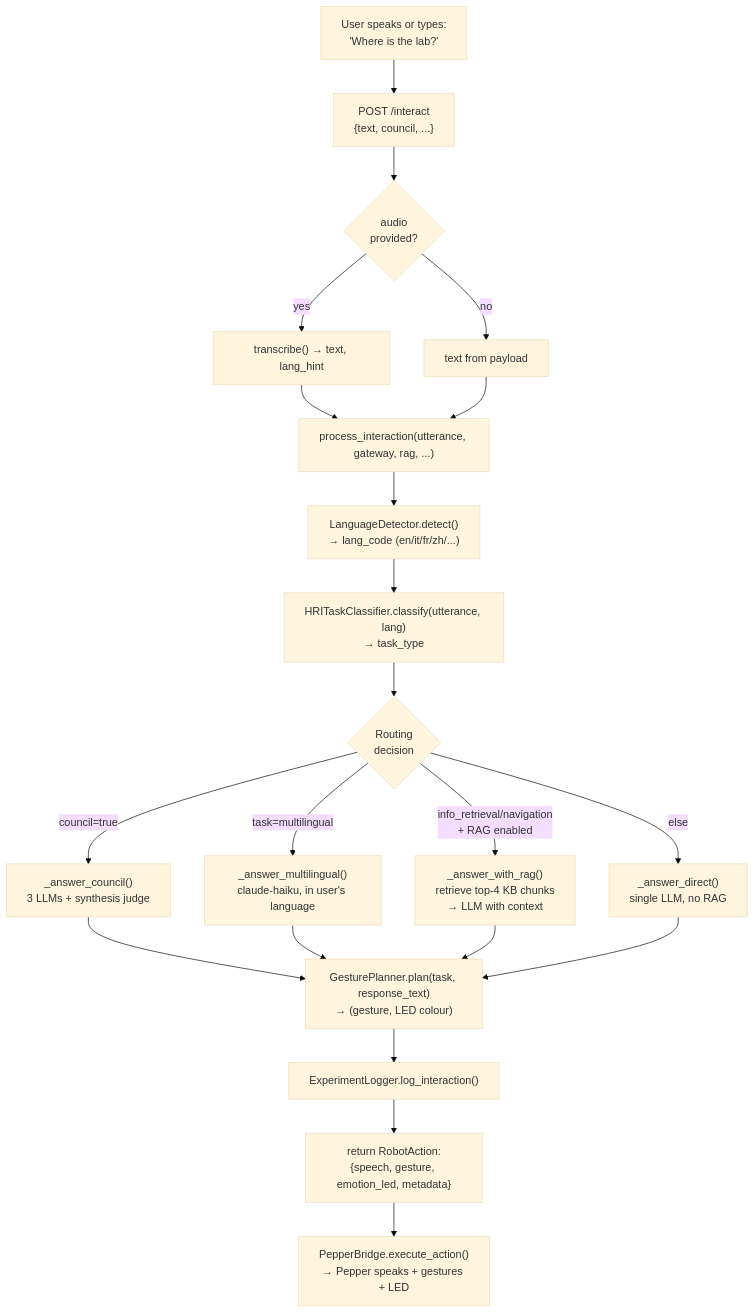
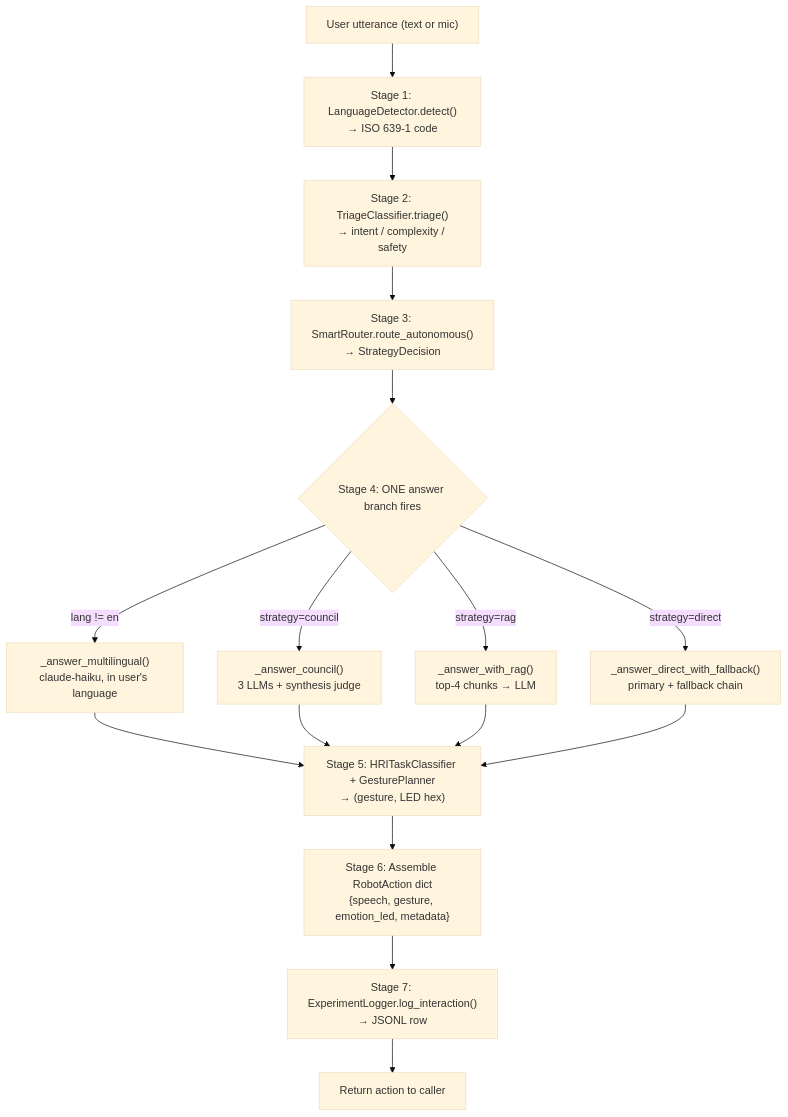
The second of 10 diagrams in OMNILLM_MASTER_BOOK.md (Akshita-sr/OmniLLM), drawn with Mermaid (base theme) before and after one commit. The commit also changed other lines of this file and 20 other files, not shown here.

````diff
--- a/OMNILLM_MASTER_BOOK.md
+++ b/OMNILLM_MASTER_BOOK.md
@@ -170,25 +196,19 @@
 ```mermaid
 flowchart TD
-    U["User speaks or types:<br/>'Where is the lab?'"] --> A["POST /interact<br/>{text, council, ...}"]
-    A --> B{"audio<br/>provided?"}
-    B -- yes --> STT["transcribe() → text, lang_hint"]
-    B -- no --> TEXT[text from payload]
-    STT --> P
-    TEXT --> P
-    P["process_interaction(utterance, gateway, rag, ...)"]
-    P --> LD["LanguageDetector.detect()<br/>→ lang_code (en/it/fr/zh/...)"]
-    LD --> CL["HRITaskClassifier.classify(utterance, lang)<br/>→ task_type"]
-    CL --> R{"Routing<br/>decision"}
-    R -- "council=true" --> CO["_answer_council()<br/>3 LLMs + synthesis judge"]
-    R -- "task=multilingual" --> M["_answer_multilingual()<br/>claude-haiku, in user's language"]
-    R -- "info_retrieval/navigation<br/>+ RAG enabled" --> RG["_answer_with_rag()<br/>retrieve top-4 KB chunks<br/>→ LLM with context"]
-    R -- "else" --> D["_answer_direct()<br/>single LLM, no RAG"]
-    CO --> GP
-    M --> GP
-    RG --> GP
-    D --> GP
-    GP["GesturePlanner.plan(task, response_text)<br/>→ (gesture, LED colour)"]
-    GP --> LOG2["ExperimentLogger.log_interaction()"]
-    LOG2 --> RET["return RobotAction:<br/>{speech, gesture, emotion_led, metadata}"]
-    RET --> EXEC["PepperBridge.execute_action()<br/>→ Pepper speaks + gestures + LED"]
+    U["User utterance (text or mic)"] --> S1["Stage 1: LanguageDetector.detect()<br/>→ ISO 639-1 code"]
+    S1 --> S2["Stage 2: TriageClassifier.triage()<br/>→ intent / complexity / safety"]
+    S2 --> S3["Stage 3: SmartRouter.route_autonomous()<br/>→ StrategyDecision"]
+    S3 --> S4{"Stage 4: ONE answer branch fires"}
+    S4 -- "lang != en" --> A1["_answer_multilingual()<br/>claude-haiku, in user's language"]
+    S4 -- "strategy=council" --> A2["_answer_council()<br/>3 LLMs + synthesis judge"]
+    S4 -- "strategy=rag" --> A3["_answer_with_rag()<br/>top-4 chunks → LLM"]
+    S4 -- "strategy=direct" --> A4["_answer_direct_with_fallback()<br/>primary + fallback chain"]
+    A1 --> S5
+    A2 --> S5
+    A3 --> S5
+    A4 --> S5
+    S5["Stage 5: HRITaskClassifier + GesturePlanner<br/>→ (gesture, LED hex)"]
+    S5 --> S6["Stage 6: Assemble RobotAction dict<br/>{speech, gesture, emotion_led, metadata}"]
+    S6 --> S7["Stage 7: ExperimentLogger.log_interaction()<br/>→ JSONL row"]
+    S7 --> OUT["Return action to caller"]
 ```
````
